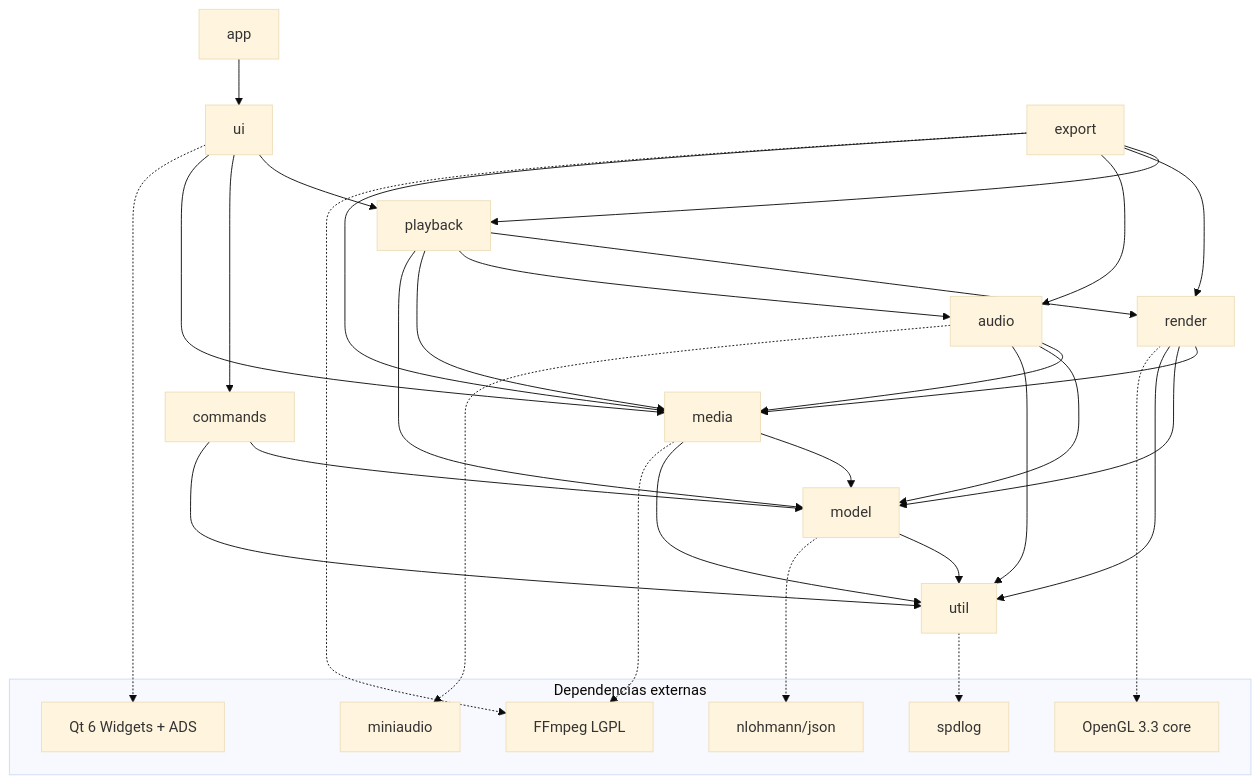
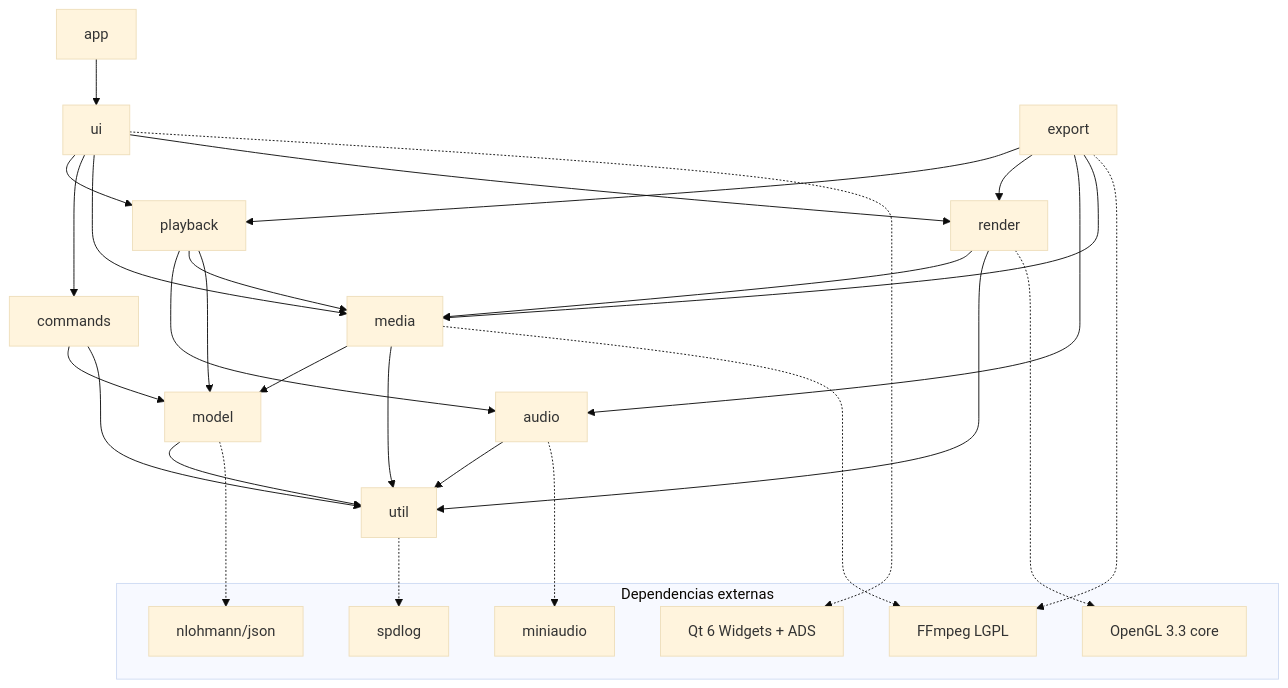
One commit to Carlos-Avellaneda-2/Loki changed the first of 2 diagrams in docs/ARCHITECTURE.md. Above: the diagram before and after it, drawn with Mermaid (base theme). The commit also changed other lines of this file and 80 other files, not shown here.

````diff
--- a/docs/ARCHITECTURE.md
+++ b/docs/ARCHITECTURE.md
@@ -49,42 +49,39 @@
 ```mermaid
 graph TD
     app --> ui
     ui --> playback
     ui --> commands
     ui --> media
     export --> playback
     export --> render
     export --> audio
     export --> media
-    playback --> render
+    ui --> render
     playback --> audio
     playback --> media
     render --> media
-    audio --> media
     commands --> model
     media --> model
-    render --> model
-    audio --> model
     playback --> model
     model --> util
     media --> util
     render --> util
     audio --> util
     commands --> util
 
     subgraph ext [Dependencias externas]
         Qt[Qt 6 Widgets + ADS]
         FF[FFmpeg LGPL]
         GL[OpenGL 3.3 core]
         MA[miniaudio]
         JS[nlohmann/json]
         SP[spdlog]
     end
     ui -.-> Qt
     media -.-> FF
     export -.-> FF
     render -.-> GL
     audio -.-> MA
     model -.-> JS
     util -.-> SP
 ```
````
